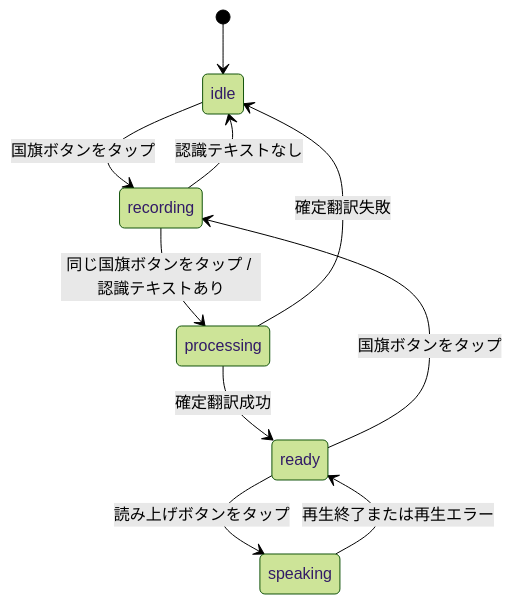
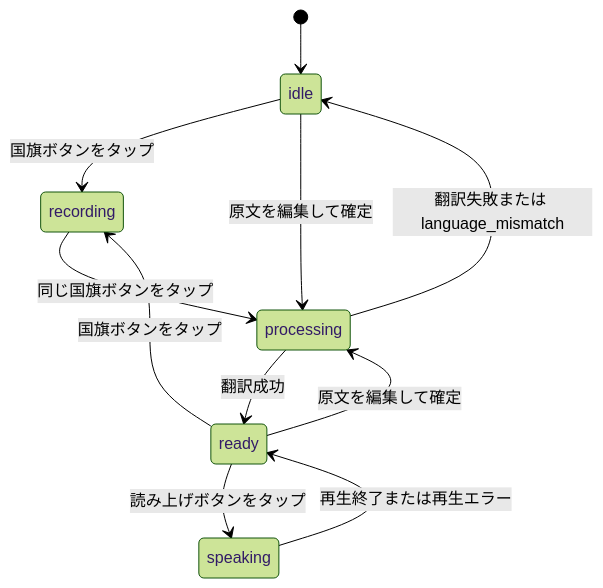
One commit to shin-arita/gotalk changed the second of 2 diagrams in docs/speech-flow.md. Above: the diagram before and after it, drawn with Mermaid (forest theme). The commit also changed other lines of this file and 10 other files, not shown here.

````diff
--- a/docs/speech-flow.md
+++ b/docs/speech-flow.md
@@ -100,12 +113,13 @@
 ```mermaid
 stateDiagram-v2
   [*] --> idle
   idle --> recording: 国旗ボタンをタップ
   ready --> recording: 国旗ボタンをタップ
-  recording --> processing: 同じ国旗ボタンをタップ / 認識テキストあり
-  recording --> idle: 認識テキストなし
-  processing --> ready: 確定翻訳成功
-  processing --> idle: 確定翻訳失敗
+  recording --> processing: 同じ国旗ボタンをタップ
+  processing --> ready: 翻訳成功
+  processing --> idle: 翻訳失敗または language_mismatch
+  ready --> processing: 原文を編集して確定
+  idle --> processing: 原文を編集して確定
   ready --> speaking: 読み上げボタンをタップ
   speaking --> ready: 再生終了または再生エラー
 ```
````
